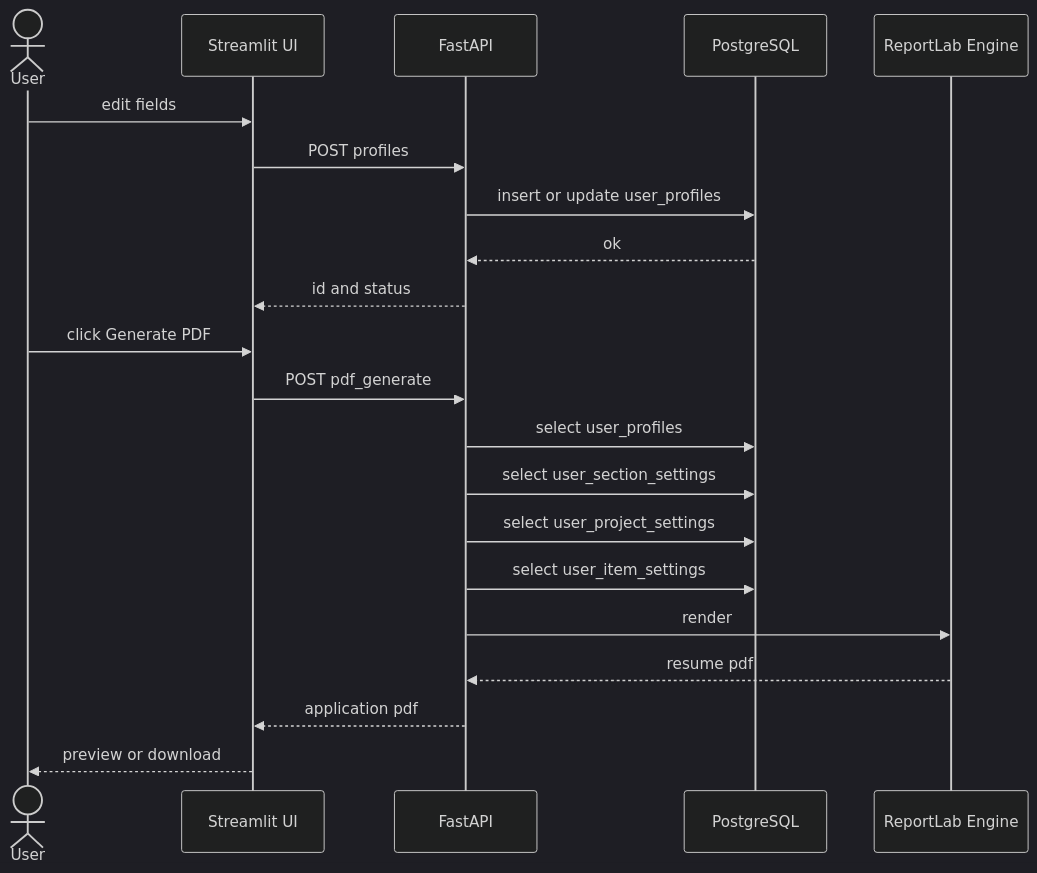
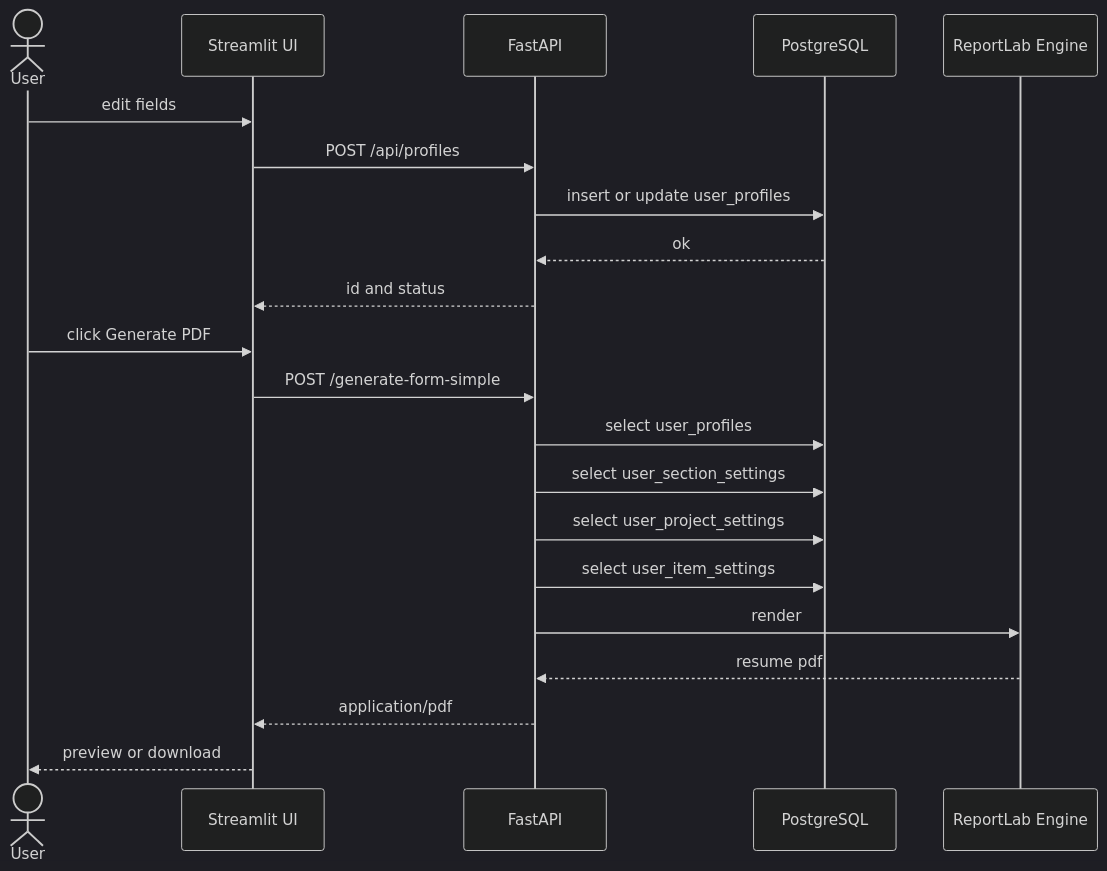
One commit to TamerOnLine/build changed the second of 3 diagrams in docs/architecture.md. Above: the diagram before and after it, drawn with Mermaid (dark theme). The commit also changed other lines of this file, not shown here.

````diff
--- a/docs/architecture.md
+++ b/docs/architecture.md
@@ -48,25 +47,25 @@
 ```mermaid
 sequenceDiagram
   actor User
   participant UI as Streamlit UI
   participant API as FastAPI
   participant DB as PostgreSQL
   participant PDF as ReportLab Engine
 
   User->>UI: edit fields
-  UI->>API: POST profiles
+  UI->>API: POST /api/profiles
   API->>DB: insert or update user_profiles
   DB-->>API: ok
   API-->>UI: id and status
 
   User->>UI: click Generate PDF
-  UI->>API: POST pdf_generate
+  UI->>API: POST /generate-form-simple
   API->>DB: select user_profiles
   API->>DB: select user_section_settings
   API->>DB: select user_project_settings
   API->>DB: select user_item_settings
   API->>PDF: render
   PDF-->>API: resume pdf
-  API-->>UI: application pdf
+  API-->>UI: application/pdf
   UI-->>User: preview or download
 ```
````
